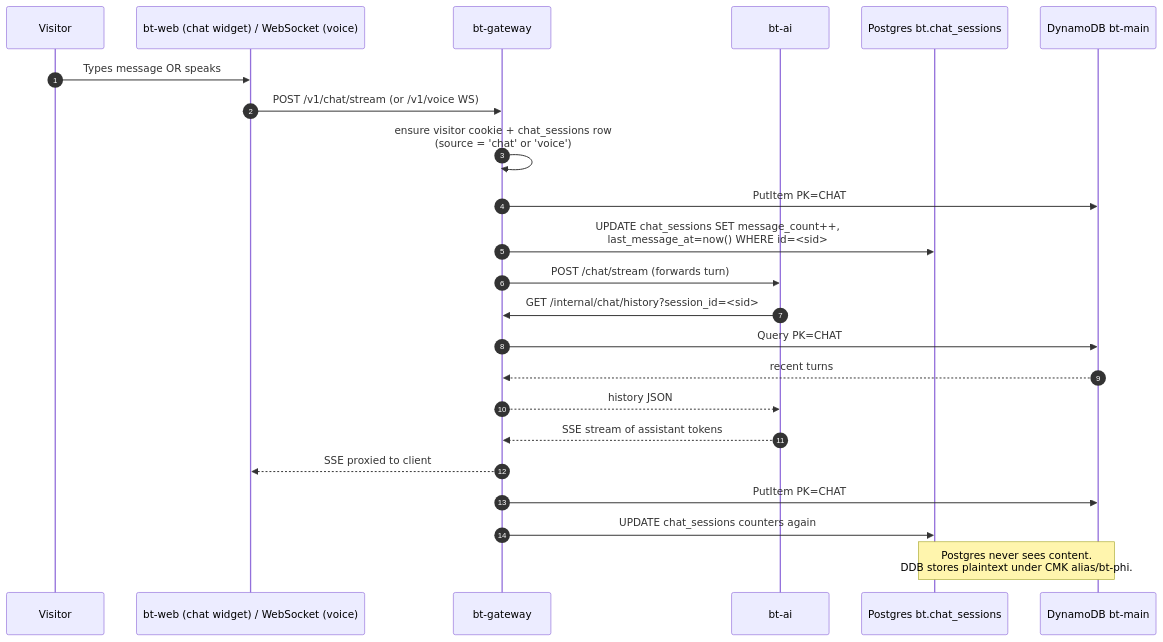
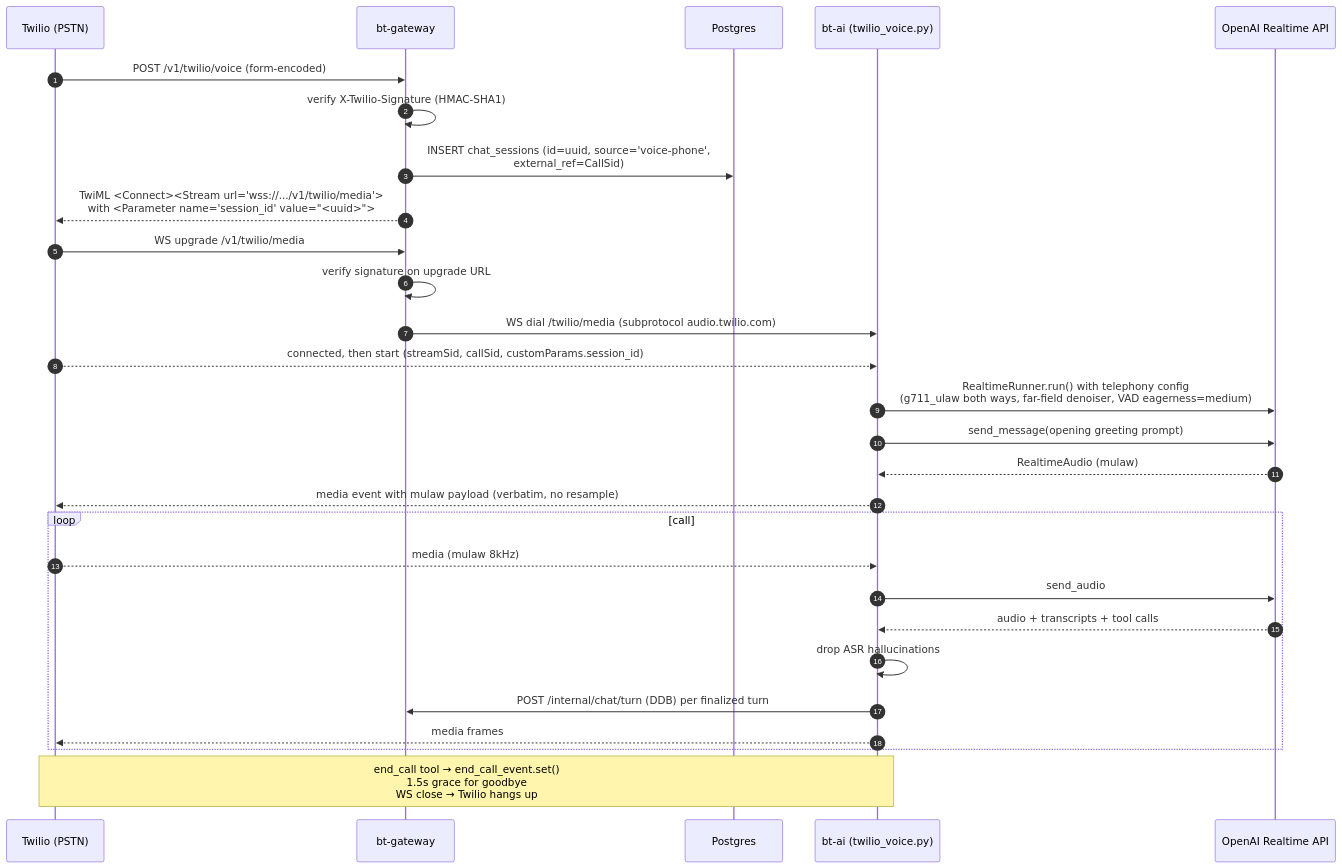
The sixth of 9 diagrams in README.md (shankasf/brightertomorrow), drawn with Mermaid before and after one commit. The commit also changed other lines of this file, not shown here.

First line of the commit message:
docs(readme): rebuild as voice + chat agent map with mermaid flowcharts

````diff
--- a/README.md
+++ b/README.md
@@ -456,26 +208,35 @@
 ```mermaid
 sequenceDiagram
     autonumber
-    participant V as Visitor
-    participant W as bt-web (chat widget) / WebSocket (voice)
-    participant GW as bt-gateway
-    participant AI as bt-ai
-    participant PG as Postgres bt.chat_sessions
-    participant DDB as DynamoDB bt-main
+    participant T as Twilio (PSTN)
+    participant G as bt-gateway
+    participant PG as Postgres
+    participant AI as bt-ai (twilio_voice.py)
+    participant RT as OpenAI Realtime API
 
-    V->>W: Types message OR speaks
-    W->>GW: POST /v1/chat/stream  (or /v1/voice WS)
-    GW->>GW: ensure visitor cookie + chat_sessions row<br/>(source = 'chat' or 'voice')
-    GW->>DDB: PutItem PK=CHAT#<sid> SK=TURN#<ts>#u  role=user
-    GW->>PG: UPDATE chat_sessions SET message_count++,<br/>last_message_at=now() WHERE id=<sid>
-    GW->>AI: POST /chat/stream (forwards turn)
-    AI->>GW: GET /internal/chat/history?session_id=<sid>
-    GW->>DDB: Query PK=CHAT#<sid> ScanIndexForward=false LIMIT 20
-    DDB-->>GW: recent turns
-    GW-->>AI: history JSON
-    AI-->>GW: SSE stream of assistant tokens
-    GW-->>W: SSE proxied to client
-    GW->>DDB: PutItem PK=CHAT#<sid> SK=TURN#<ts>#a  role=assistant
-    GW->>PG: UPDATE chat_sessions counters again
-    Note over PG,DDB: Postgres never sees content.<br/>DDB stores plaintext under CMK alias/bt-phi.
+    T->>G: POST /v1/twilio/voice (form-encoded)
+    G->>G: verify X-Twilio-Signature (HMAC-SHA1)
+    G->>PG: INSERT chat_sessions (id=uuid, source='voice-phone',<br/>external_ref=CallSid)
+    G-->>T: TwiML <Connect><Stream url="wss://.../v1/twilio/media"><br/>with <Parameter name="session_id" value="<uuid>">
+
+    T->>G: WS upgrade /v1/twilio/media
+    G->>G: verify signature on upgrade URL
+    G->>AI: WS dial /twilio/media (subprotocol audio.twilio.com)
+
+    T-->>AI: connected, then start (streamSid, callSid, customParams.session_id)
+    AI->>RT: RealtimeRunner.run() with telephony config<br/>(g711_ulaw both ways, far-field denoiser, VAD eagerness=medium)
+    AI->>RT: send_message(opening greeting prompt)
+    RT-->>AI: RealtimeAudio (mulaw)
+    AI-->>T: media event with mulaw payload (verbatim, no resample)
+
+    loop call
+        T-->>AI: media (mulaw 8kHz)
+        AI->>RT: send_audio
+        RT-->>AI: audio + transcripts + tool calls
+        AI->>AI: drop ASR hallucinations
+        AI->>G: POST /internal/chat/turn (DDB) per finalized turn
+        AI-->>T: media frames
+    end
+
+    Note over AI,T: end_call tool → end_call_event.set()<br/>1.5s grace for goodbye<br/>WS close → Twilio hangs up
 ```
````
